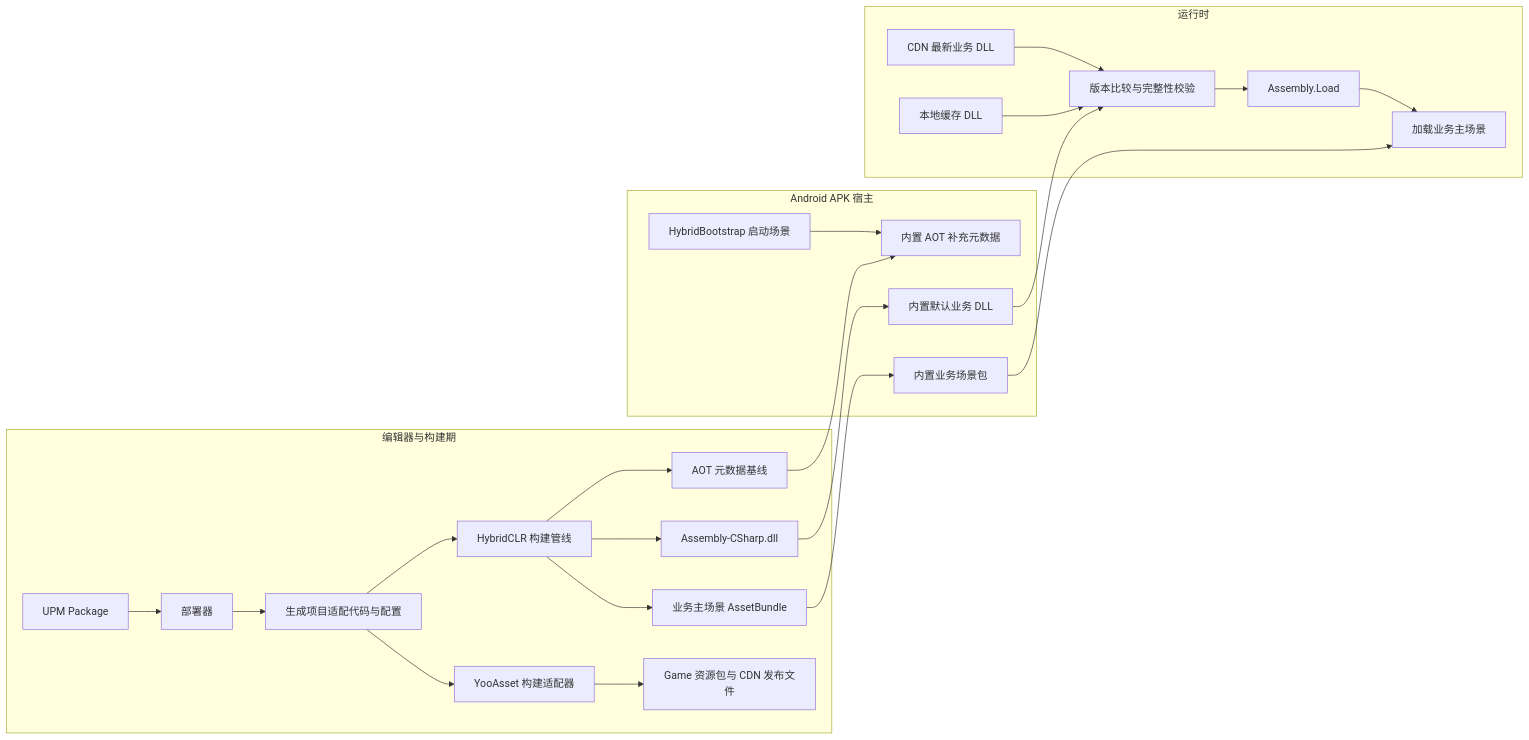
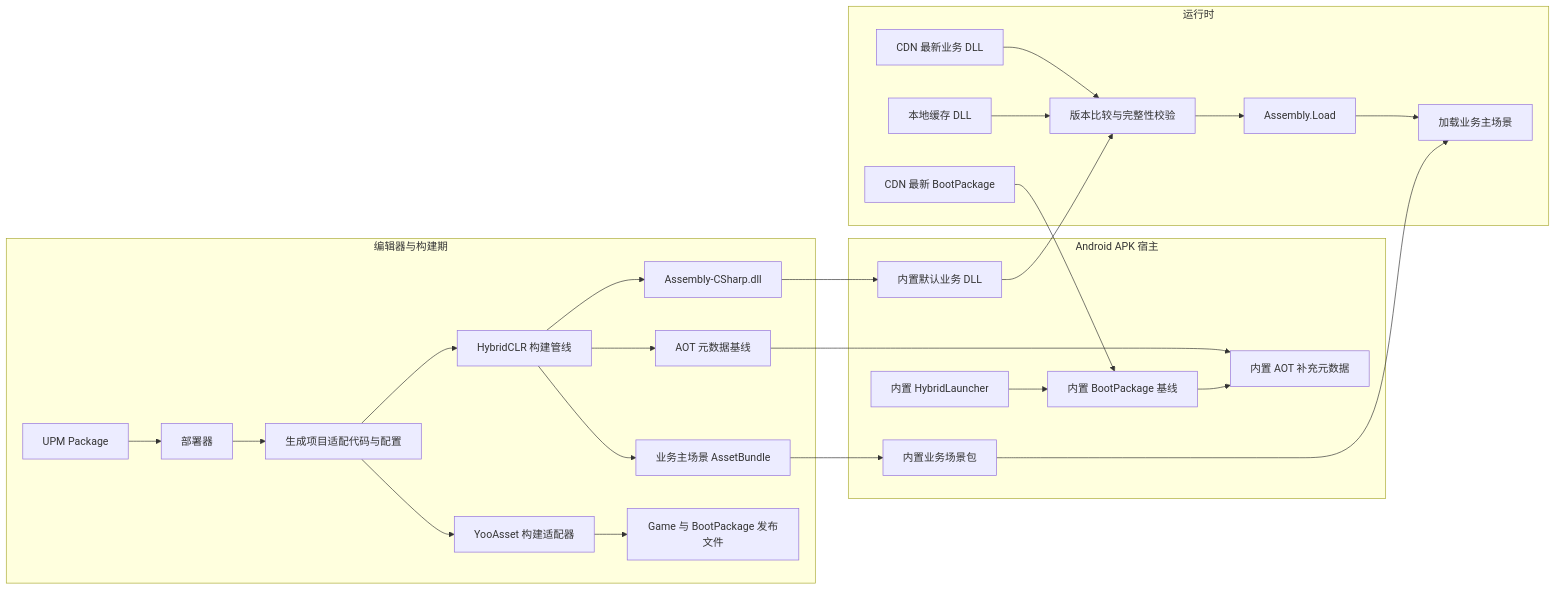
The first of 2 diagrams in README.md (gensisboss/dysj-Hybrid), drawn with Mermaid before and after one commit. The commit also changed other lines of this file and 11 other files, not shown here.

````diff
--- a/README.md
+++ b/README.md
@@ -28,39 +28,43 @@
 ```mermaid
 flowchart LR
     subgraph Editor[编辑器与构建期]
         P[UPM Package] --> D[部署器]
         D --> C[生成项目适配代码与配置]
         C --> H[HybridCLR 构建管线]
         C --> Y[YooAsset 构建适配器]
         H --> A[AOT 元数据基线]
         H --> B[Assembly-CSharp.dll]
         H --> S[业务主场景 AssetBundle]
-        Y --> R[Game 资源包与 CDN 发布文件]
+        Y --> R[Game 与 BootPackage 发布文件]
     end
 
     subgraph APK[Android APK 宿主]
-        BOOT[HybridBootstrap 启动场景]
+        LAUNCH[内置 HybridLauncher]
+        BOOT[内置 BootPackage 基线]
         META[内置 AOT 补充元数据]
         BASE[内置默认业务 DLL]
         SCENE[内置业务场景包]
     end
 
     subgraph Runtime[运行时]
+        BOOTCDN[CDN 最新 BootPackage]
         CDN[CDN 最新业务 DLL]
         CACHE[本地缓存 DLL]
         SELECT[版本比较与完整性校验]
         LOAD[Assembly.Load]
         MAIN[加载业务主场景]
     end
 
     A --> META
     B --> BASE
     S --> SCENE
+    LAUNCH --> BOOT
+    BOOTCDN --> BOOT
     BOOT --> META
     BASE --> SELECT
     CDN --> SELECT
     CACHE --> SELECT
     SELECT --> LOAD
     LOAD --> MAIN
     SCENE --> MAIN
 ```
````
